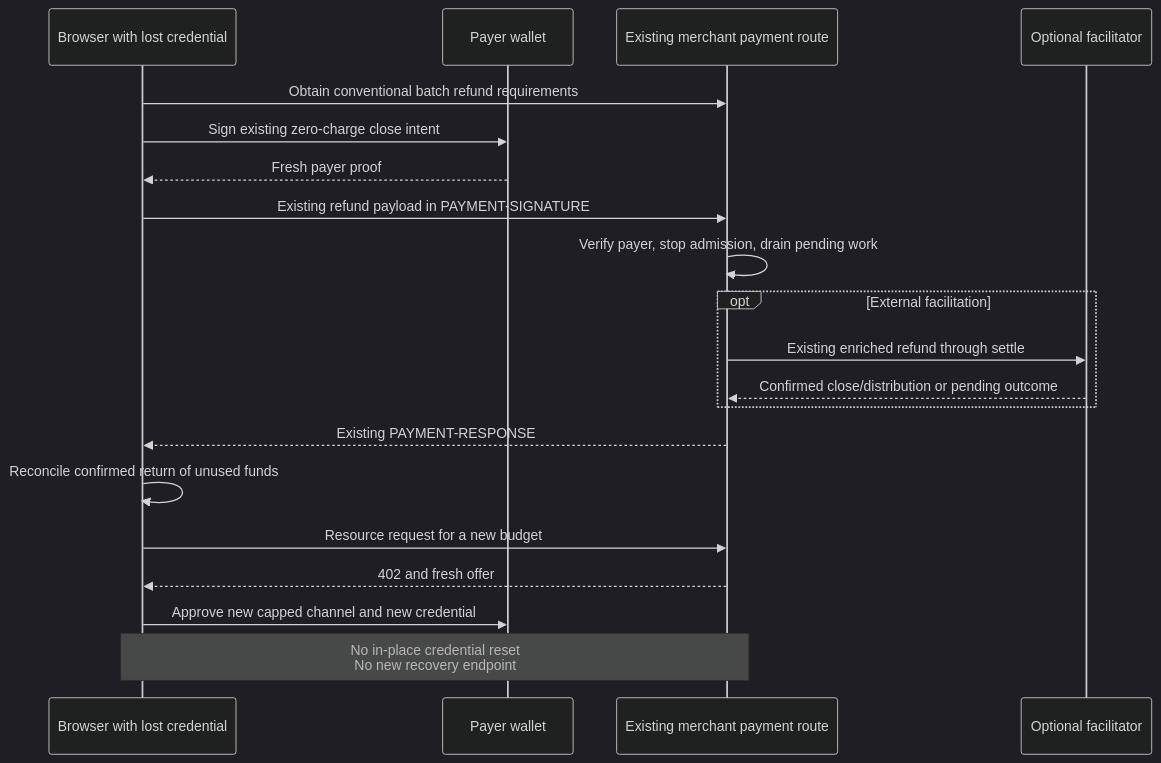
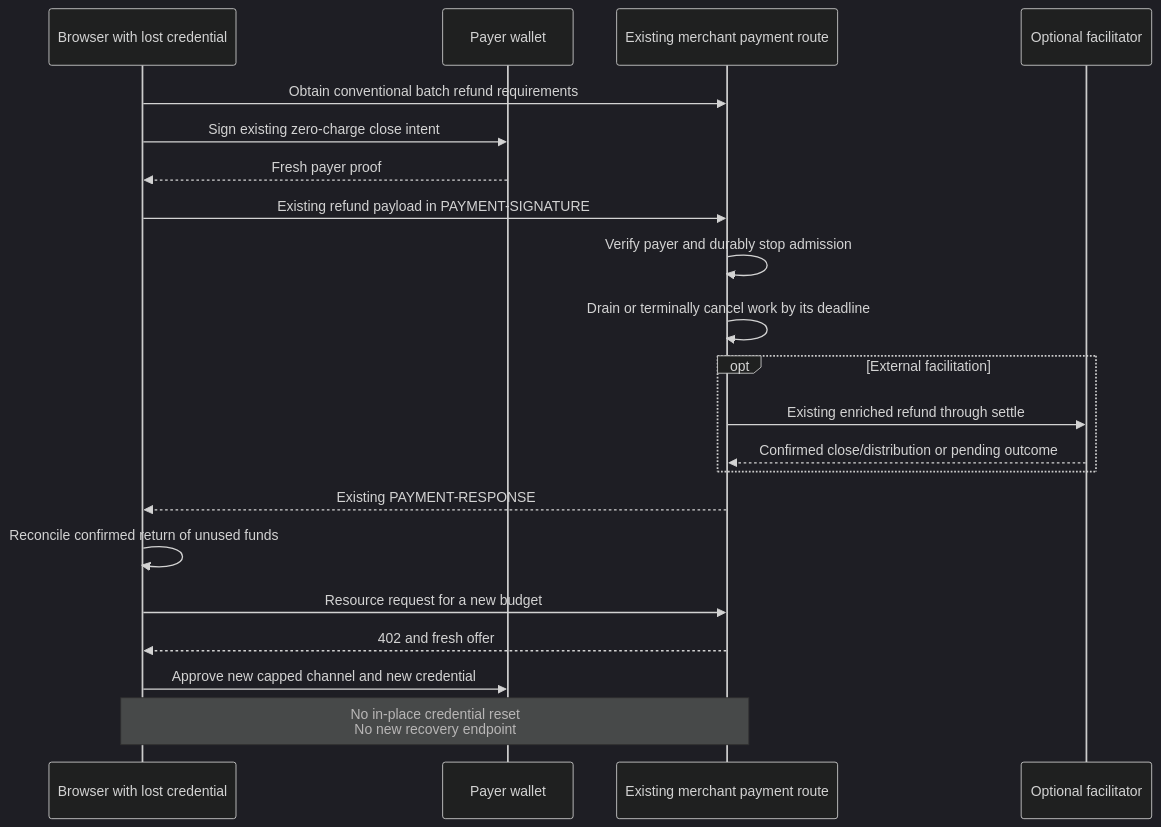
The second of 2 diagrams in specs/schemes/batch-settlement/scheme_batch_settlement_svm_conversation_budget.md (notorious-d-e-v/x402), drawn with Mermaid (dark theme) before and after one commit. The commit also changed other lines of this file and 1 other file, not shown here.

````diff
--- a/specs/schemes/batch-settlement/scheme_batch_settlement_svm_conversation_budget.md
+++ b/specs/schemes/batch-settlement/scheme_batch_settlement_svm_conversation_budget.md
@@ -466,22 +649,23 @@
 ```mermaid
 sequenceDiagram
     participant B as Browser with lost credential
     participant W as Payer wallet
     participant M as Existing merchant payment route
     participant F as Optional facilitator
     B->>M: Obtain conventional batch refund requirements
     B->>W: Sign existing zero-charge close intent
     W-->>B: Fresh payer proof
     B->>M: Existing refund payload in PAYMENT-SIGNATURE
-    M->>M: Verify payer, stop admission, drain pending work
+    M->>M: Verify payer and durably stop admission
+    M->>M: Drain or terminally cancel work by its deadline
     opt External facilitation
         M->>F: Existing enriched refund through settle
         F-->>M: Confirmed close/distribution or pending outcome
     end
     M-->>B: Existing PAYMENT-RESPONSE
     B->>B: Reconcile confirmed return of unused funds
     B->>M: Resource request for a new budget
     M-->>B: 402 and fresh offer
     B->>W: Approve new capped channel and new credential
     Note over B,M: No in-place credential reset<br/>No new recovery endpoint
 ```
````
